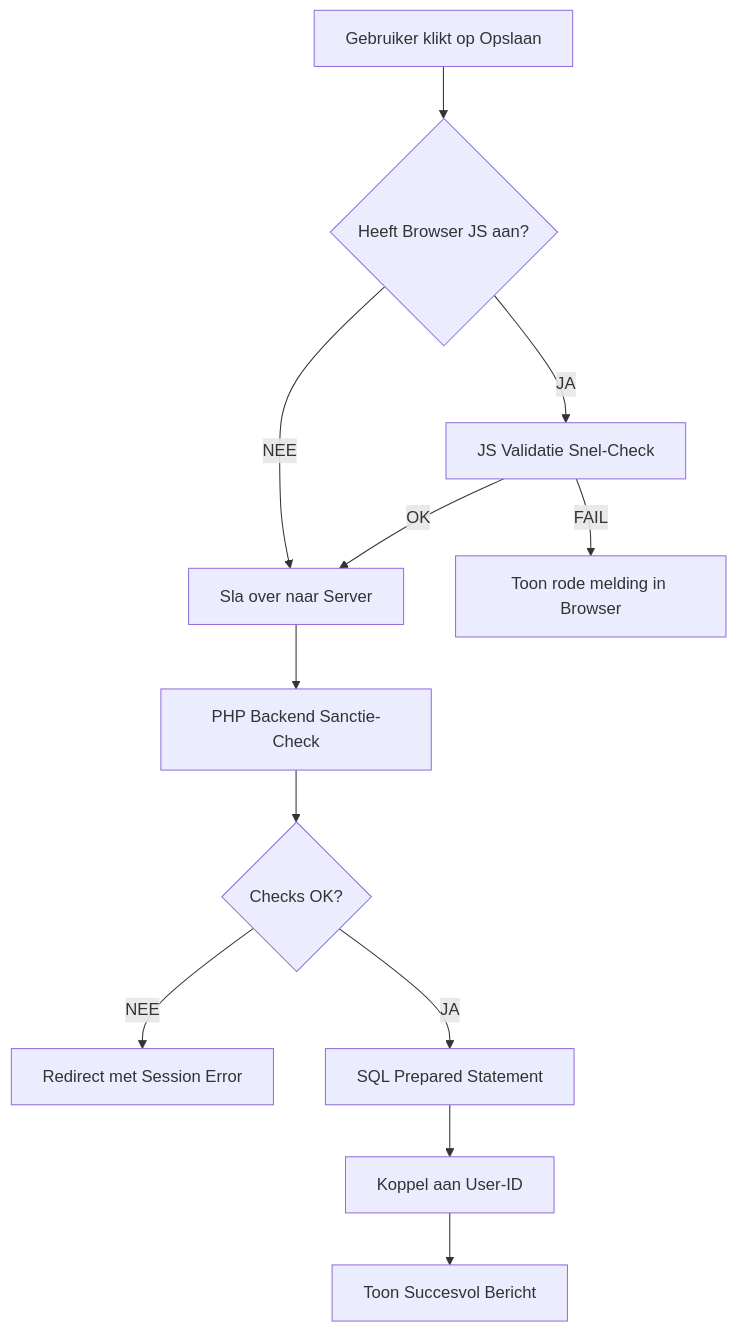
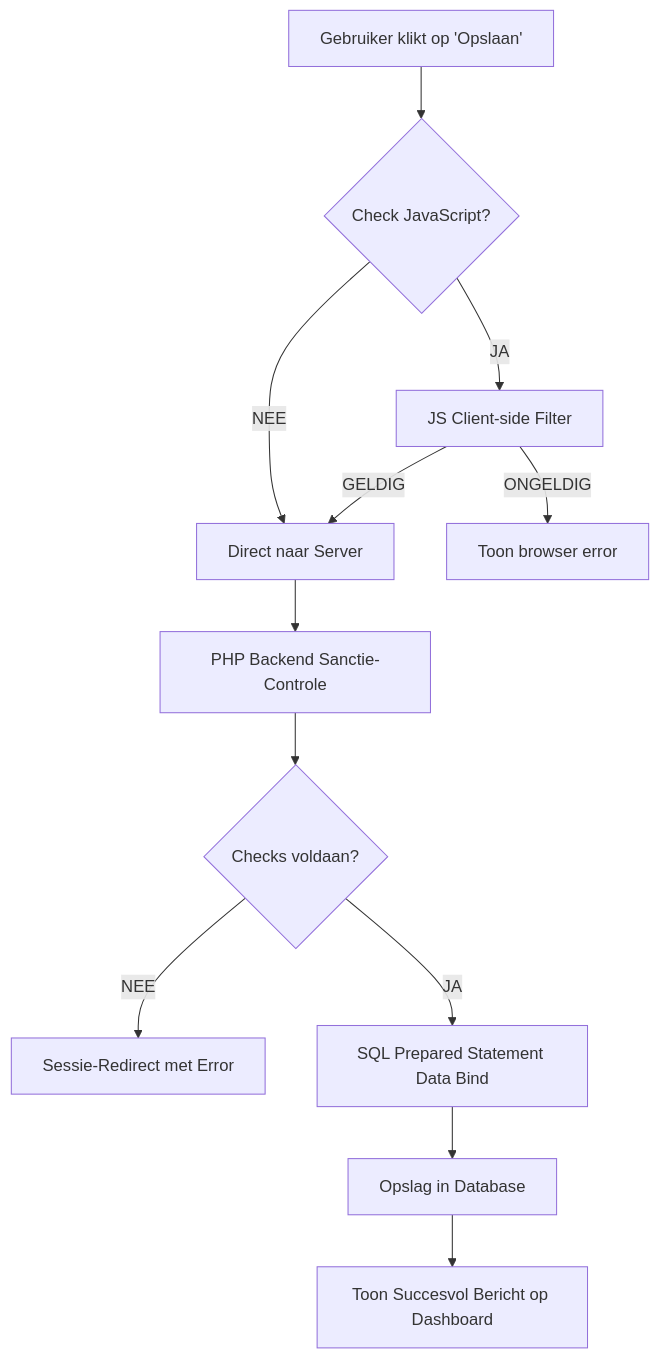
One commit to Harsha2006217/gameplan-scheduler changed the diagram in ALGORITMEN_LOGICA_NL.md. Above: the diagram before and after it, drawn with Mermaid. The commit also changed other lines of this file and 4 other files, not shown here.

Commit message:
docs: enhance and clarify documentation for algorithms, security, and architectural patterns with more detail and precise terminology.

````diff
--- a/ALGORITMEN_LOGICA_NL.md
+++ b/ALGORITMEN_LOGICA_NL.md
@@ -106,14 +107,14 @@
 ```mermaid
 graph TD
-    A[Gebruiker klikt op Opslaan] --> B{Heeft Browser JS aan?}
-    B -- JA --> C[JS Validatie Snel-Check]
-    B -- NEE --> D[Sla over naar Server]
-    C -- FAIL --> E[Toon rode melding in Browser]
-    C -- OK --> D
-    D --> F[PHP Backend Sanctie-Check]
-    F --> G{Checks OK?}
-    G -- NEE --> H[Redirect met Session Error]
-    G -- JA --> I[SQL Prepared Statement]
-    I --> J[Koppel aan User-ID]
-    J --> K[Toon Succesvol Bericht]
+    A[Gebruiker klikt op 'Opslaan'] --> B{Check JavaScript?}
+    B -- JA --> C[JS Client-side Filter]
+    B -- NEE --> D[Direct naar Server]
+    C -- ONGELDIG --> E[Toon browser error]
+    C -- GELDIG --> D
+    D --> F[PHP Backend Sanctie-Controle]
+    F --> G{Checks voldaan?}
+    G -- NEE --> H[Sessie-Redirect met Error]
+    G -- JA --> I[SQL Prepared Statement Data Bind]
+    I --> J[Opslag in Database]
+    J --> K[Toon Succesvol Bericht op Dashboard]
 ```
````
